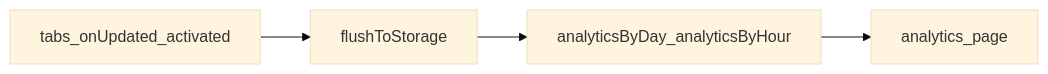
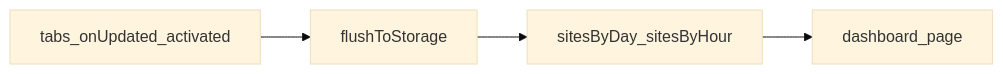
One commit to Plushly-Interactive/CoralClock changed the diagram in docs/archive/ANALYTICS_PLAN.md. Above: the diagram before and after it, drawn with Mermaid (base theme). The commit also changed other lines of this file and 29 other files, not shown here.

First line of the commit message:
refactor: rename legacy analytics* keys and identifiers to sites*

````diff
--- a/docs/archive/ANALYTICS_PLAN.md
+++ b/docs/archive/ANALYTICS_PLAN.md
@@ -161,10 +161,10 @@
 ```mermaid
 flowchart LR
   tabEvents[tabs_onUpdated_activated]
   flush[flushToStorage]
-  analytics[analyticsByDay_analyticsByHour]
+  sites[sitesByDay_sitesByHour]
   tabEvents --> flush
-  flush --> analytics
-  ui[analytics_page]
-  analytics --> ui
+  flush --> sites
+  ui[dashboard_page]
+  sites --> ui
 ```
````
